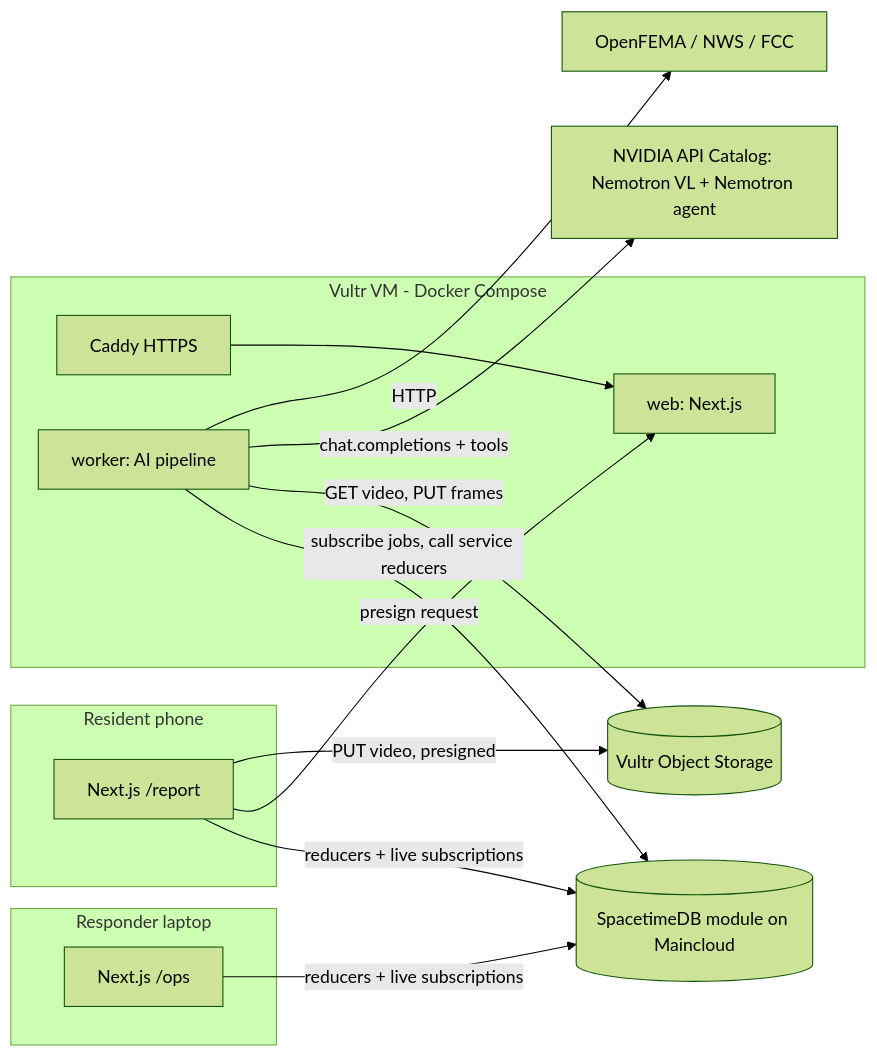
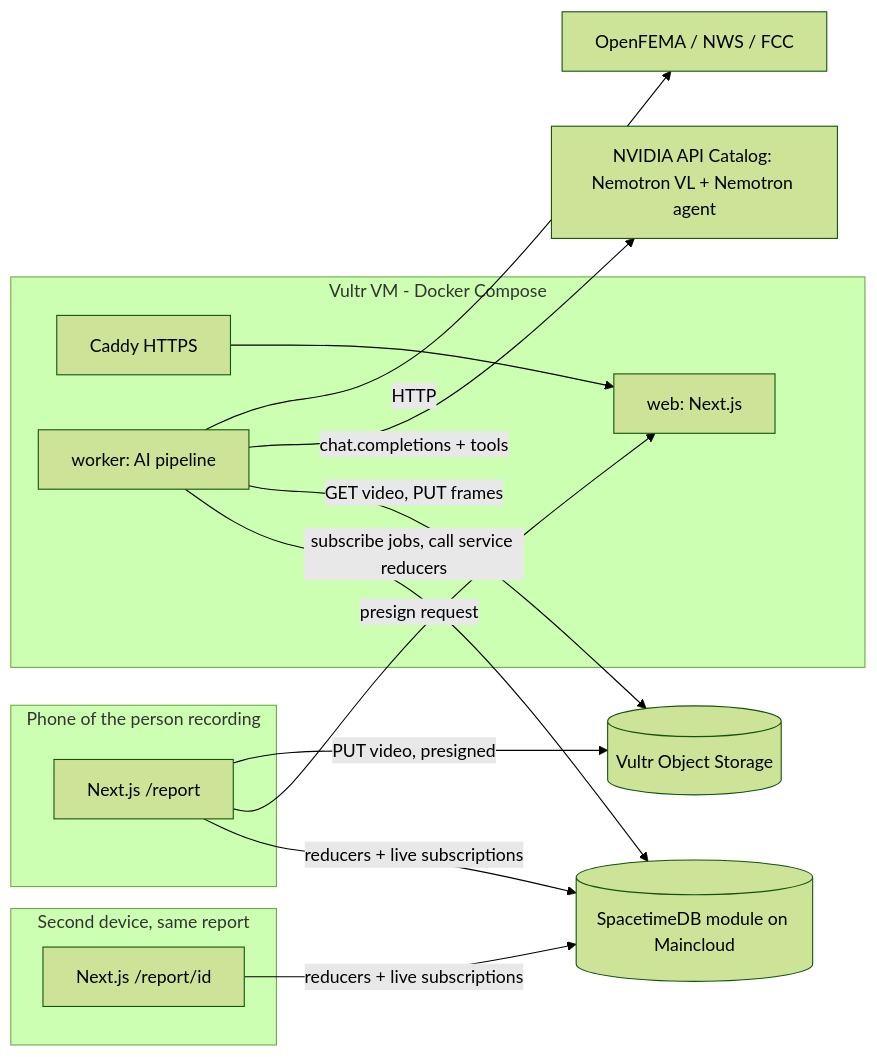
One commit to sarah-min/HackUTD26 changed the first of 2 diagrams in ARCHITECTURE.md. Above: the diagram before and after it, drawn with Mermaid (forest theme). The commit also changed other lines of this file and 13 other files, not shown here.

````diff
--- a/ARCHITECTURE.md
+++ b/ARCHITECTURE.md
@@ -30,26 +29,26 @@
 ```mermaid
 flowchart LR
-  subgraph Phone[Resident phone]
+  subgraph Phone[Phone of the person recording]
     R[Next.js /report]
   end
-  subgraph Laptop[Responder laptop]
-    O[Next.js /ops]
+  subgraph Laptop[Second device, same report]
+    O[Next.js /report/id]
   end
   subgraph Vultr[Vultr VM - Docker Compose]
     C[Caddy HTTPS] --> W[web: Next.js]
     K[worker: AI pipeline]
   end
   S[(SpacetimeDB module on Maincloud)]
   B[(Vultr Object Storage)]
   N[NVIDIA API Catalog: Nemotron VL + Nemotron agent]
   G[OpenFEMA / NWS / FCC]
 
   R -- reducers + live subscriptions --> S
   O -- reducers + live subscriptions --> S
   R -- presign request --> W
   R -- PUT video, presigned --> B
   K -- subscribe jobs, call service reducers --> S
   K -- GET video, PUT frames --> B
   K -- chat.completions + tools --> N
   K -- HTTP --> G
 ```
````
